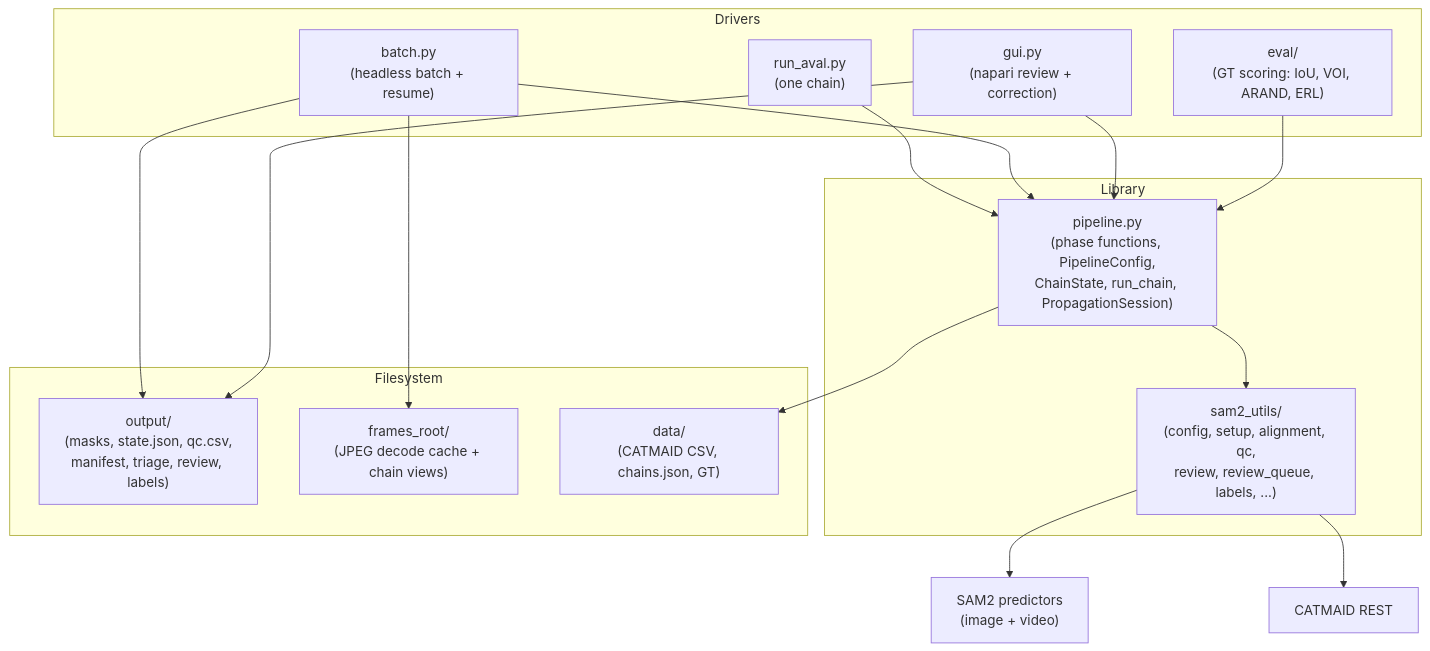
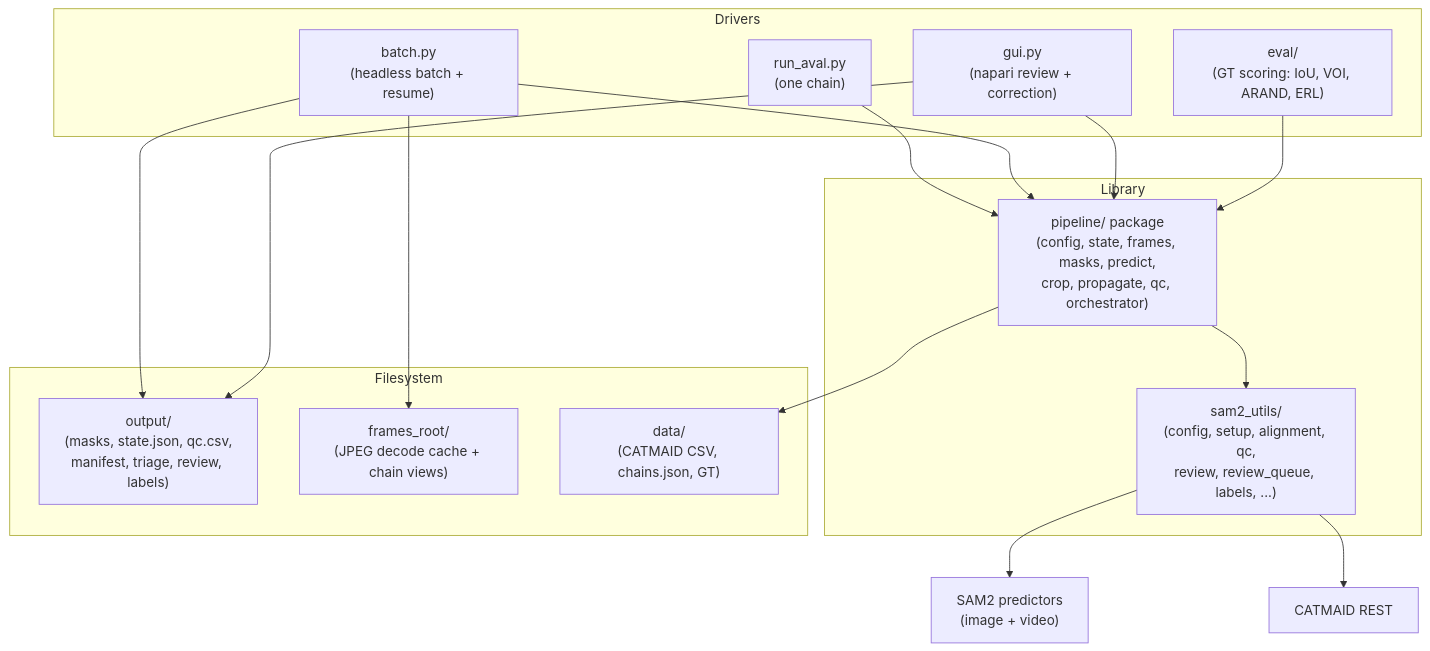
One commit to farrellsid/segmentation-playground changed the first of 2 diagrams in docs/explanation/architecture.md. Above: the diagram before and after it, drawn with Mermaid. The commit also changed other lines of this file and 4 other files, not shown here.

First line of the commit message:
docs: record the pipeline package split (ADR 0013, code-map, architecture, CHANGELOG)

````diff
--- a/docs/explanation/architecture.md
+++ b/docs/explanation/architecture.md
@@ -36,35 +38,35 @@
 ```mermaid
 flowchart TB
     subgraph drivers [Drivers]
         runaval["run_aval.py<br/>(one chain)"]
         batch["batch.py<br/>(headless batch + resume)"]
         gui["gui.py<br/>(napari review + correction)"]
         eval["eval/<br/>(GT scoring: IoU, VOI, ARAND, ERL)"]
     end
 
     subgraph core [Library]
-        pipeline["pipeline.py<br/>(phase functions, PipelineConfig,<br/>ChainState, run_chain, PropagationSession)"]
+        pipeline["pipeline/ package<br/>(config, state, frames, masks, predict,<br/>crop, propagate, qc, orchestrator)"]
         utils["sam2_utils/<br/>(config, setup, alignment, qc,<br/>review, review_queue, labels, ...)"]
     end
 
     subgraph fs [Filesystem]
         output["output/<br/>(masks, state.json, qc.csv,<br/>manifest, triage, review, labels)"]
         frames["frames_root/<br/>(JPEG decode cache + chain views)"]
         data["data/<br/>(CATMAID CSV, chains.json, GT)"]
     end
 
     sam2["SAM2 predictors<br/>(image + video)"]
     catmaid["CATMAID REST"]
 
     runaval --> pipeline
     batch --> pipeline
     gui --> pipeline
     eval --> pipeline
     pipeline --> utils
     utils --> sam2
     utils --> catmaid
     batch --> output
     batch --> frames
     gui --> output
     pipeline --> data
 ```
````
